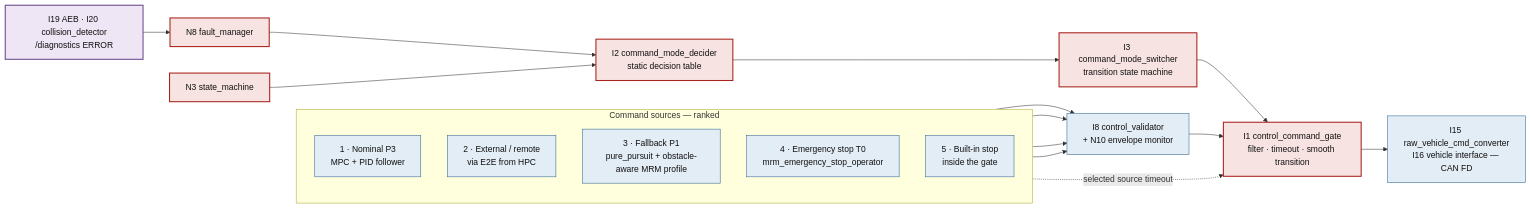
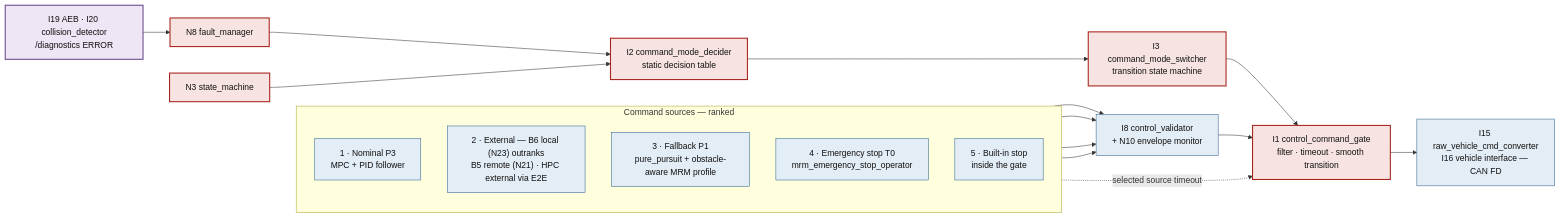
One commit to autowarefoundation/RFC_L4_SafetyIslandDesign changed diagram 11 of 13 in docs/L4SafetyIsland_SoftwareDesign_GitHub.md. Above: the diagram before and after it, drawn with Mermaid. The commit also changed other lines of this file and 22 other files, not shown here.

````diff
--- a/docs/L4SafetyIsland_SoftwareDesign_GitHub.md
+++ b/docs/L4SafetyIsland_SoftwareDesign_GitHub.md
@@ -2543,35 +2905,35 @@
 ```mermaid
 flowchart LR
     subgraph SRC["Command sources — ranked"]
         direction TB
         S1["1 · Nominal P3<br/>MPC + PID follower"]
-        S2["2 · External / remote<br/>via E2E from HPC"]
+        S2["2 · External — B6 local (N23) outranks<br/>B5 remote (N21) · HPC external via E2E"]
         S3["3 · Fallback P1<br/>pure_pursuit + obstacle-aware MRM profile"]
         S4["4 · Emergency stop T0<br/>mrm_emergency_stop_operator"]
         S5["5 · Built-in stop<br/>inside the gate"]
     end
     DEC["I2 command_mode_decider<br/>static decision table"]
     SW["I3 command_mode_switcher<br/>transition state machine"]
     VAL["I8 control_validator<br/>+ N10 envelope monitor"]
     GATE["I1 control_command_gate<br/>filter · timeout · smooth transition"]
     OUT["I15 raw_vehicle_cmd_converter<br/>I16 vehicle interface — CAN FD"]
 
     AEBX["I19 AEB · I20 collision_detector<br/>/diagnostics ERROR"] --> N8I
     N8I["N8 fault_manager"] --> DEC
     N3I["N3 state_machine"] --> DEC
     DEC --> SW --> GATE
     S1 --> VAL
     S2 --> VAL
     S3 --> VAL
     S4 --> VAL
     VAL --> GATE
     S5 -.->|"selected source timeout"| GATE
     GATE --> OUT
 
     classDef d fill:#f7e4e2,stroke:#a8231c,stroke-width:2px,color:#101010;
     classDef s fill:#e3edf5,stroke:#2f638f,stroke-width:1px,color:#101010;
     classDef sn fill:#efe6f5,stroke:#6b4a8f,stroke-width:2px,color:#101010;
     class DEC,SW,GATE,N8I,N3I d;
     class S1,S2,S3,S4,S5,VAL,OUT s;
     class AEBX sn;
 ```
````
